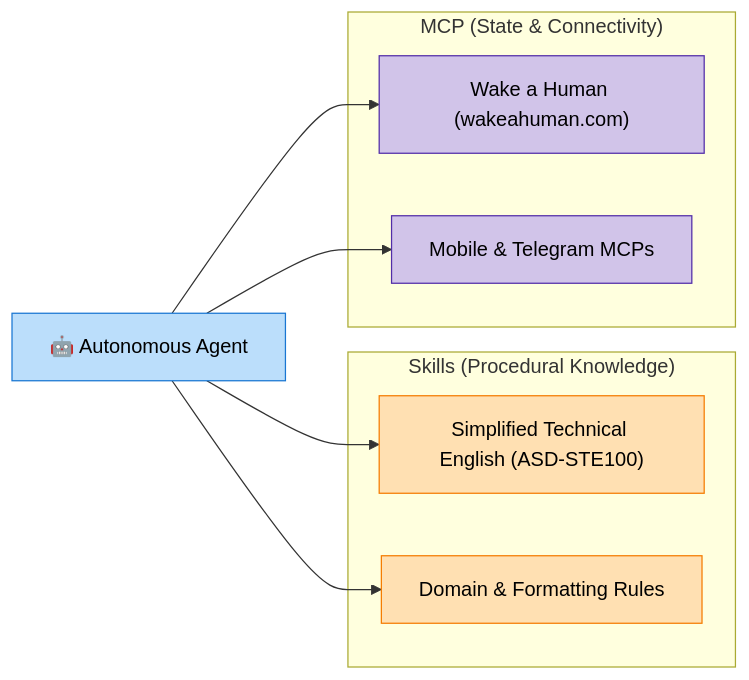
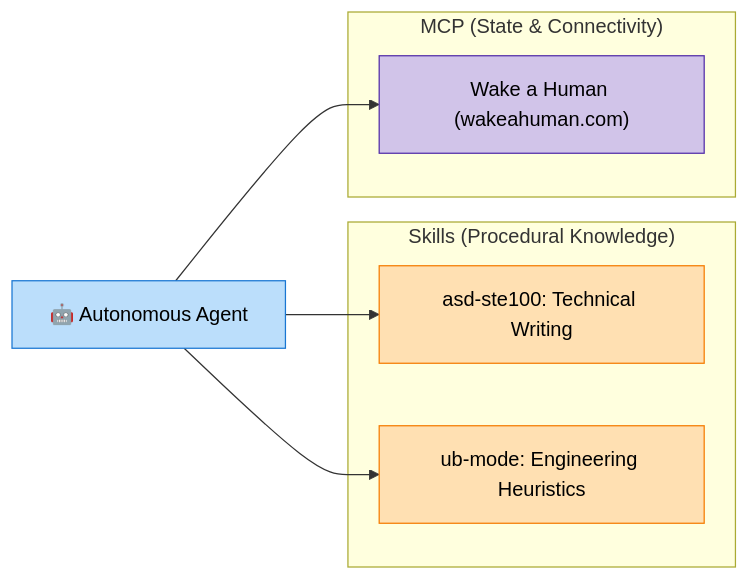
Before and after one commit to gel/gel.github.io: the second of 2 diagrams in content/generative-ai/1-intro/1_genai_environment.md, drawn with Mermaid. The commit also changed other lines of this file and 3 other files, not shown here.

````diff
--- a/content/generative-ai/1-intro/1_genai_environment.md
+++ b/content/generative-ai/1-intro/1_genai_environment.md
@@ -90,23 +110,21 @@
 ```mermaid
 flowchart LR
     Agent["🤖 Autonomous Agent"]
 
     subgraph Procedural["Skills (Procedural Knowledge)"]
-        S1["Simplified Technical English (ASD-STE100)"]
-        S2["Domain & Formatting Rules"]
+        S1["asd-ste100: Technical Writing"]
+        S2["ub-mode: Engineering Heuristics"]
     end
 
     subgraph Connectivity["MCP (State & Connectivity)"]
         M1["Wake a Human (wakeahuman.com)"]
-        M2["Mobile & Telegram MCPs"]
     end
 
     Agent --> S1 & S2
-    Agent --> M1 & M2
+    Agent --> M1
 
     style Agent fill:#bbdefb,stroke:#1976d2,color:#000
     style S1 fill:#ffe0b2,stroke:#f57c00,color:#000
     style S2 fill:#ffe0b2,stroke:#f57c00,color:#000
     style M1 fill:#d1c4e9,stroke:#512da8,color:#000
-    style M2 fill:#d1c4e9,stroke:#512da8,color:#000
 ```
````
